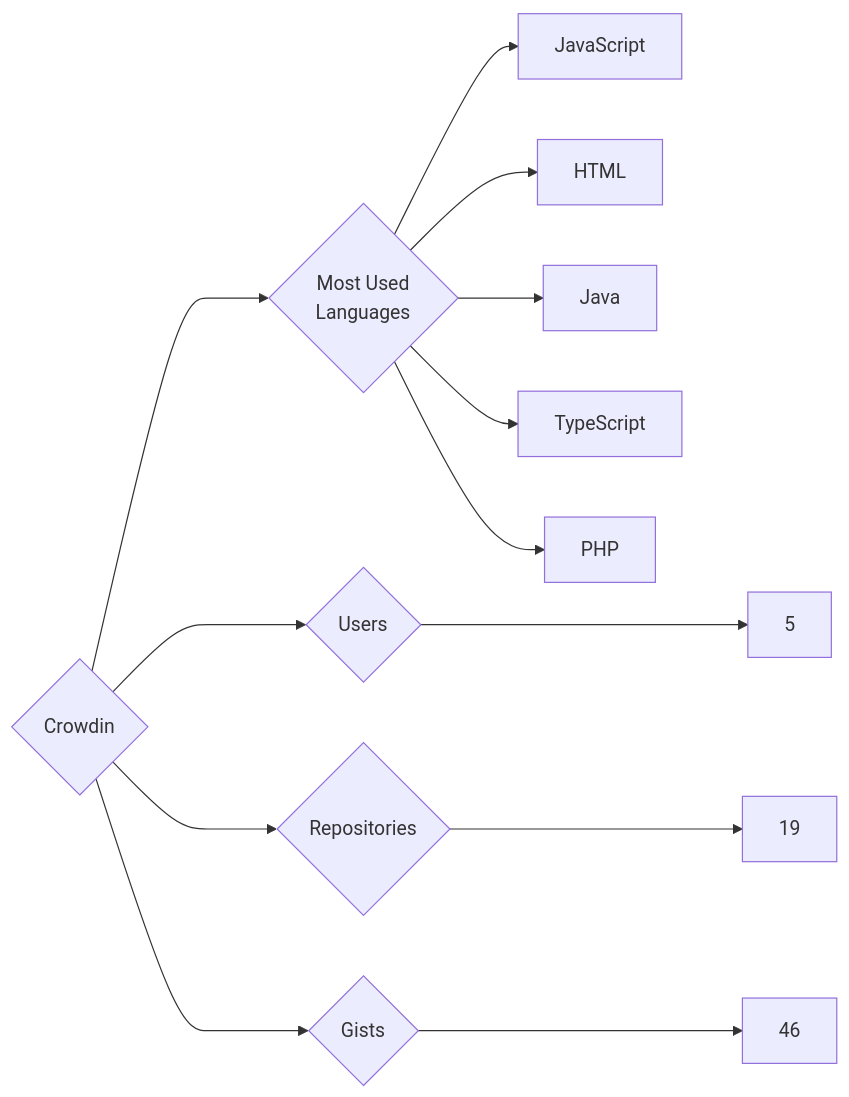
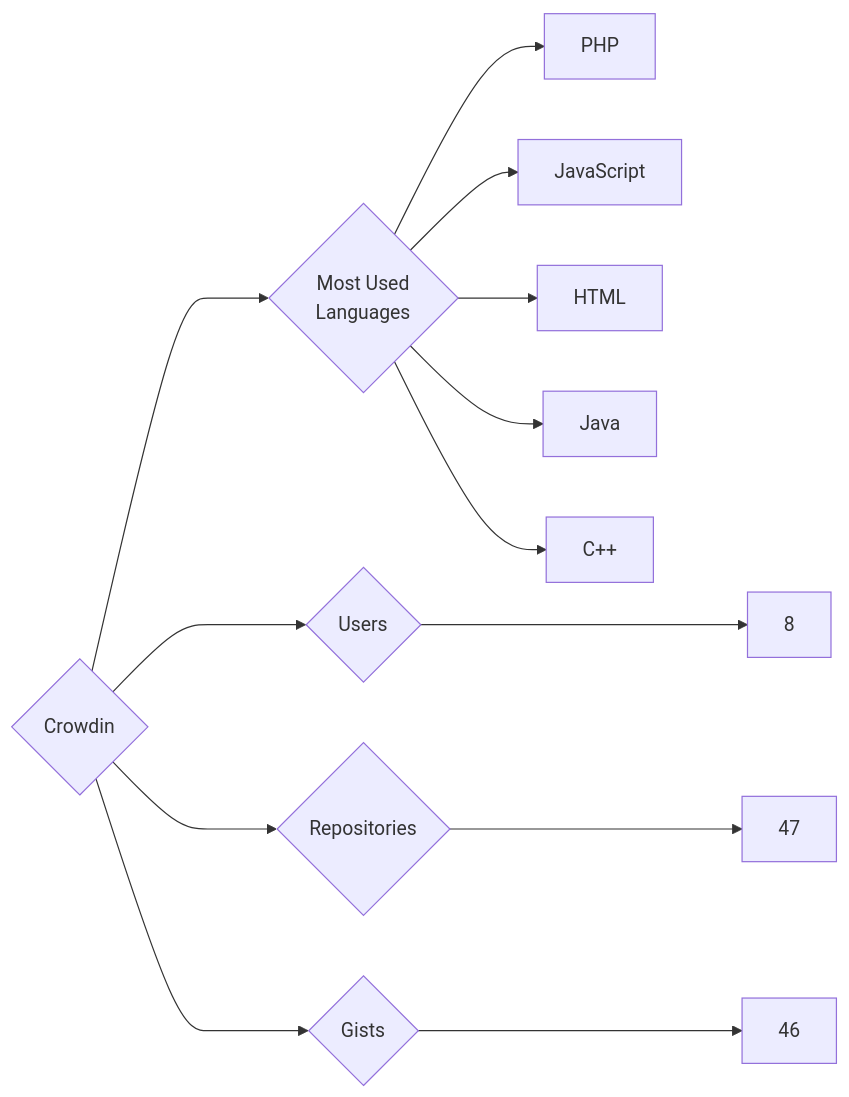
One commit to trickest/insiders changed the diagram in targets/Crowdin/README.md. Above: the diagram before and after it, drawn with Mermaid. The commit also changed 951 other files, not shown here.

````diff
--- a/targets/Crowdin/README.md
+++ b/targets/Crowdin/README.md
@@ -3,13 +3,13 @@
 ```mermaid
 graph LR
 COMPANY_NAME{Crowdin}
-COMPANY_NAME ---> U{Users} ---> UN[5]
-COMPANY_NAME ---> R{Repositories} ---> RN[19]
+COMPANY_NAME ---> U{Users} ---> UN[8]
+COMPANY_NAME ---> R{Repositories} ---> RN[47]
 COMPANY_NAME ---> G{Gists} ---> GN[46]
 COMPANY_NAME ---> ML{Most Used<br>Languages}
+ML --> PHP[PHP]
 ML --> JavaScript[JavaScript]
 ML --> HTML[HTML]
 ML --> Java[Java]
-ML --> TypeScript[TypeScript]
-ML --> PHP[PHP]
+ML --> C++[C++]
 ```
````
